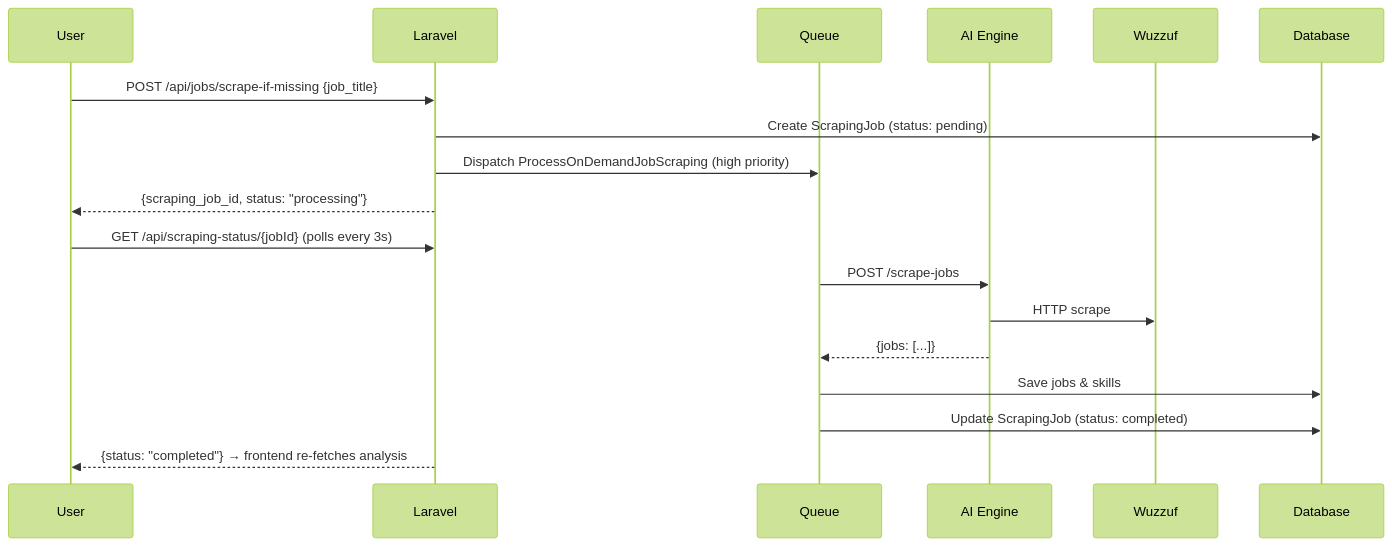
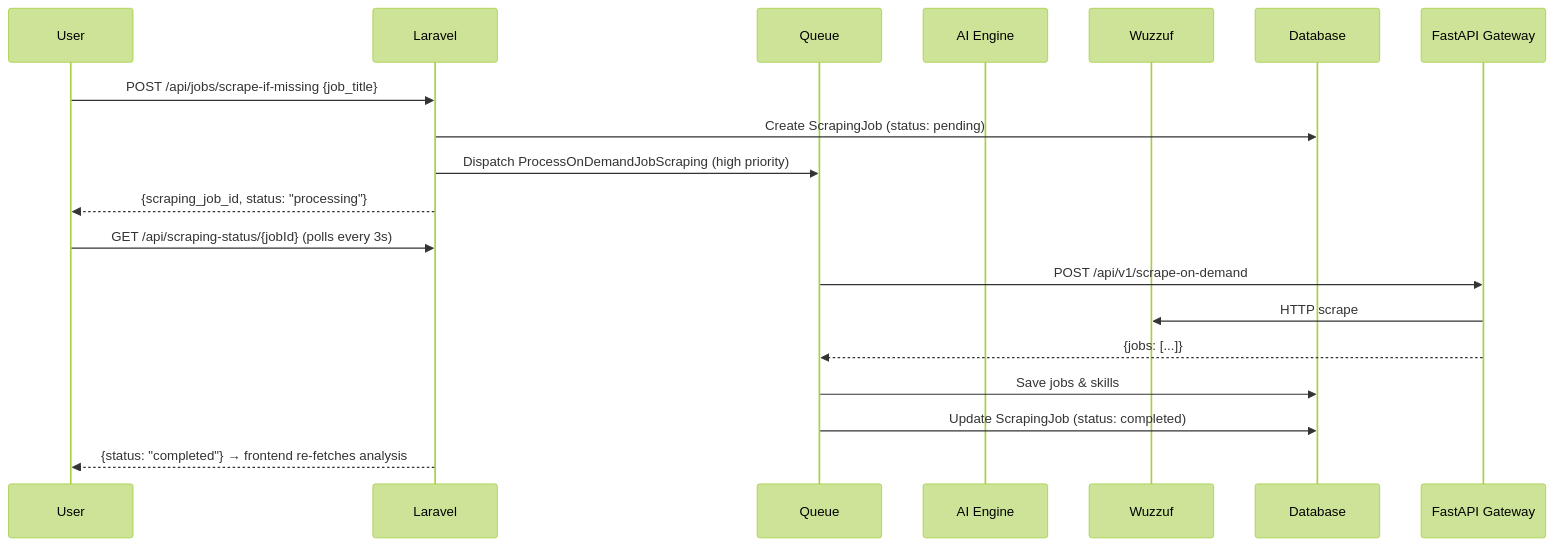
One commit to YousefAlTohamy/CareerCompass changed the fifth of 6 diagrams in README.md. Above: the diagram before and after it, drawn with Mermaid (forest theme). The commit also changed other lines of this file, not shown here.

````diff
--- a/README.md
+++ b/README.md
@@ -733,20 +707,20 @@
 ```mermaid
 sequenceDiagram
     participant User
     participant Laravel
     participant Queue
     participant AI Engine
     participant Wuzzuf
 
     User->>Laravel: POST /api/jobs/scrape-if-missing {job_title}
     Laravel->>Database: Create ScrapingJob (status: pending)
     Laravel->>Queue: Dispatch ProcessOnDemandJobScraping (high priority)
     Laravel-->>User: {scraping_job_id, status: "processing"}
     User->>Laravel: GET /api/scraping-status/{jobId} (polls every 3s)
-    Queue->>AI Engine: POST /scrape-jobs
-    AI Engine->>Wuzzuf: HTTP scrape
-    AI Engine-->>Queue: {jobs: [...]}
+    Queue->>FastAPI Gateway: POST /api/v1/scrape-on-demand
+    FastAPI Gateway->>Wuzzuf: HTTP scrape
+    FastAPI Gateway-->>Queue: {jobs: [...]}
     Queue->>Database: Save jobs & skills
     Queue->>Database: Update ScrapingJob (status: completed)
     Laravel-->>User: {status: "completed"} → frontend re-fetches analysis
 ```
````
